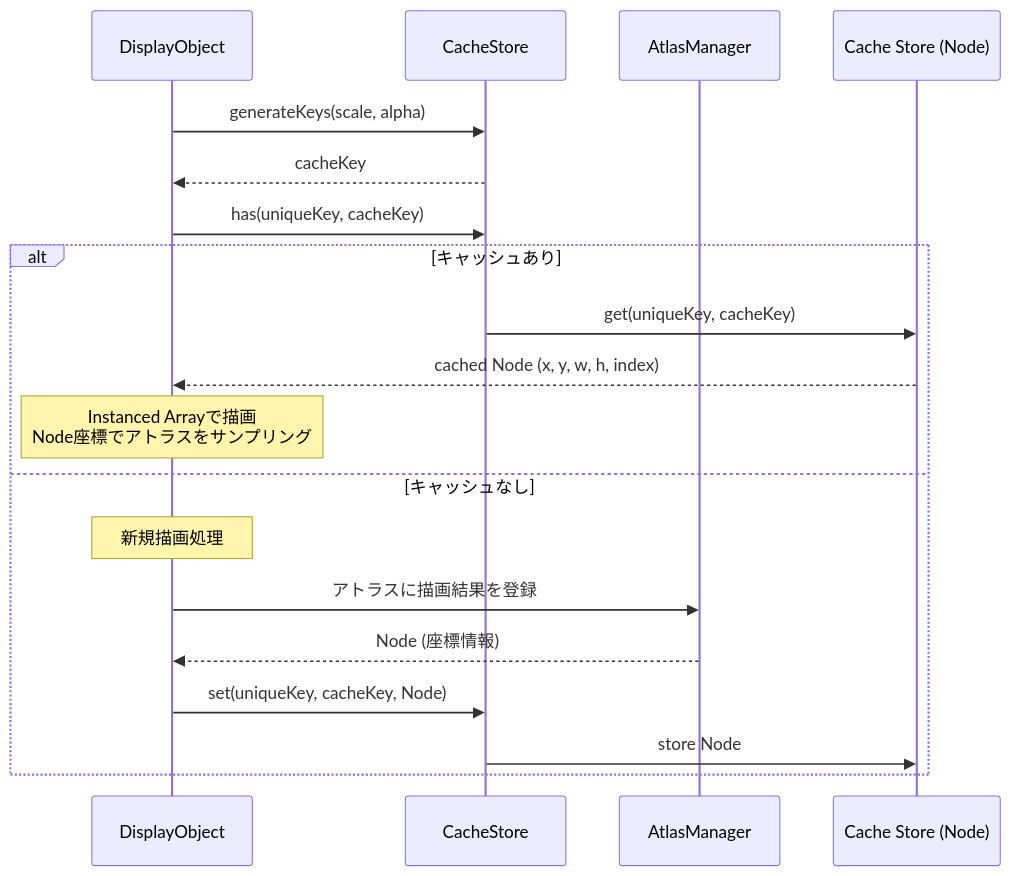
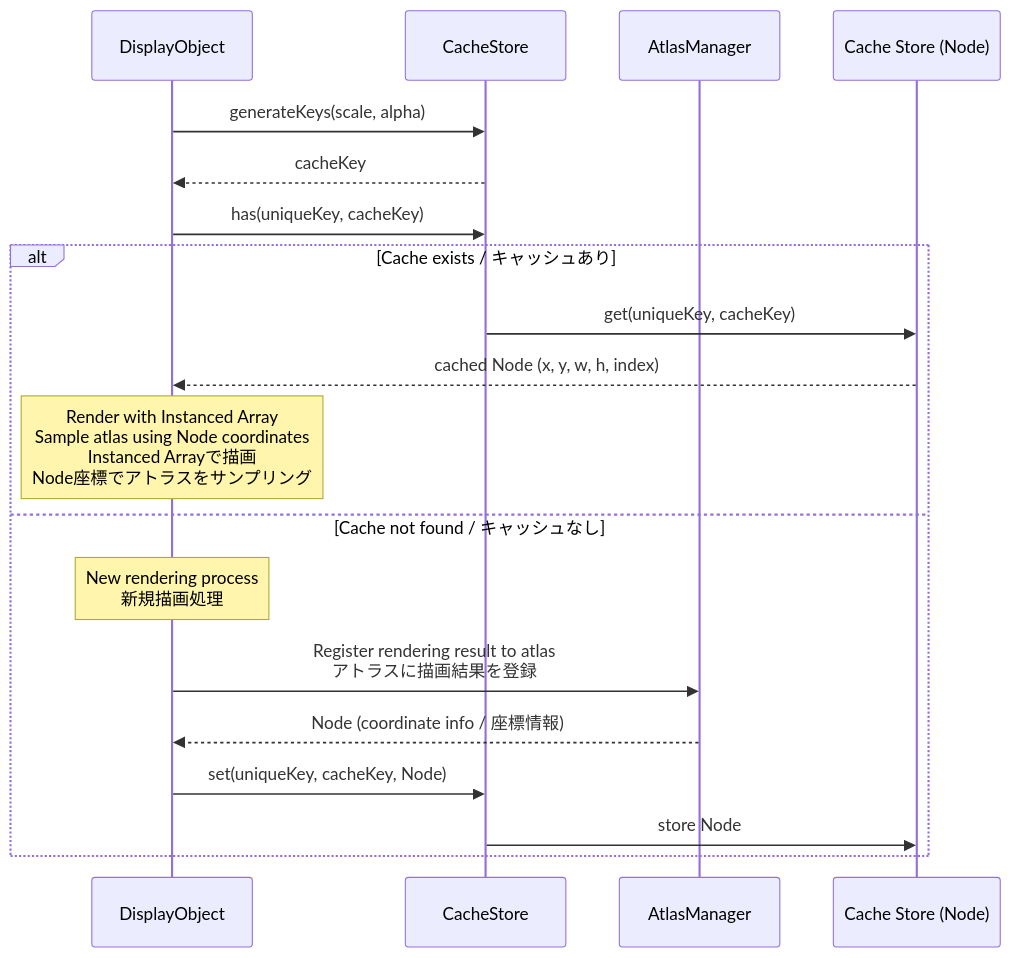
The first of 5 diagrams in packages/cache/README.md (Next2D/player), drawn with Mermaid before and after one commit. The commit also changed other lines of this file, not shown here.

````diff
--- a/packages/cache/README.md
+++ b/packages/cache/README.md
@@ -64,22 +76,22 @@
 ```mermaid
 sequenceDiagram
     participant DO as DisplayObject
     participant CS as CacheStore
     participant Atlas as AtlasManager
     participant Store as Cache Store (Node)
 
     DO->>CS: generateKeys(scale, alpha)
     CS-->>DO: cacheKey
     DO->>CS: has(uniqueKey, cacheKey)
-    alt キャッシュあり
+    alt Cache exists / キャッシュあり
         CS->>Store: get(uniqueKey, cacheKey)
         Store-->>DO: cached Node (x, y, w, h, index)
-        Note over DO: Instanced Arrayで描画<br/>Node座標でアトラスをサンプリング
-    else キャッシュなし
-        Note over DO: 新規描画処理
-        DO->>Atlas: アトラスに描画結果を登録
-        Atlas-->>DO: Node (座標情報)
+        Note over DO: Render with Instanced Array<br/>Sample atlas using Node coordinates<br/>Instanced Arrayで描画<br/>Node座標でアトラスをサンプリング
+    else Cache not found / キャッシュなし
+        Note over DO: New rendering process<br/>新規描画処理
+        DO->>Atlas: Register rendering result to atlas<br/>アトラスに描画結果を登録
+        Atlas-->>DO: Node (coordinate info / 座標情報)
         DO->>CS: set(uniqueKey, cacheKey, Node)
         CS->>Store: store Node
     end
 ```
````
